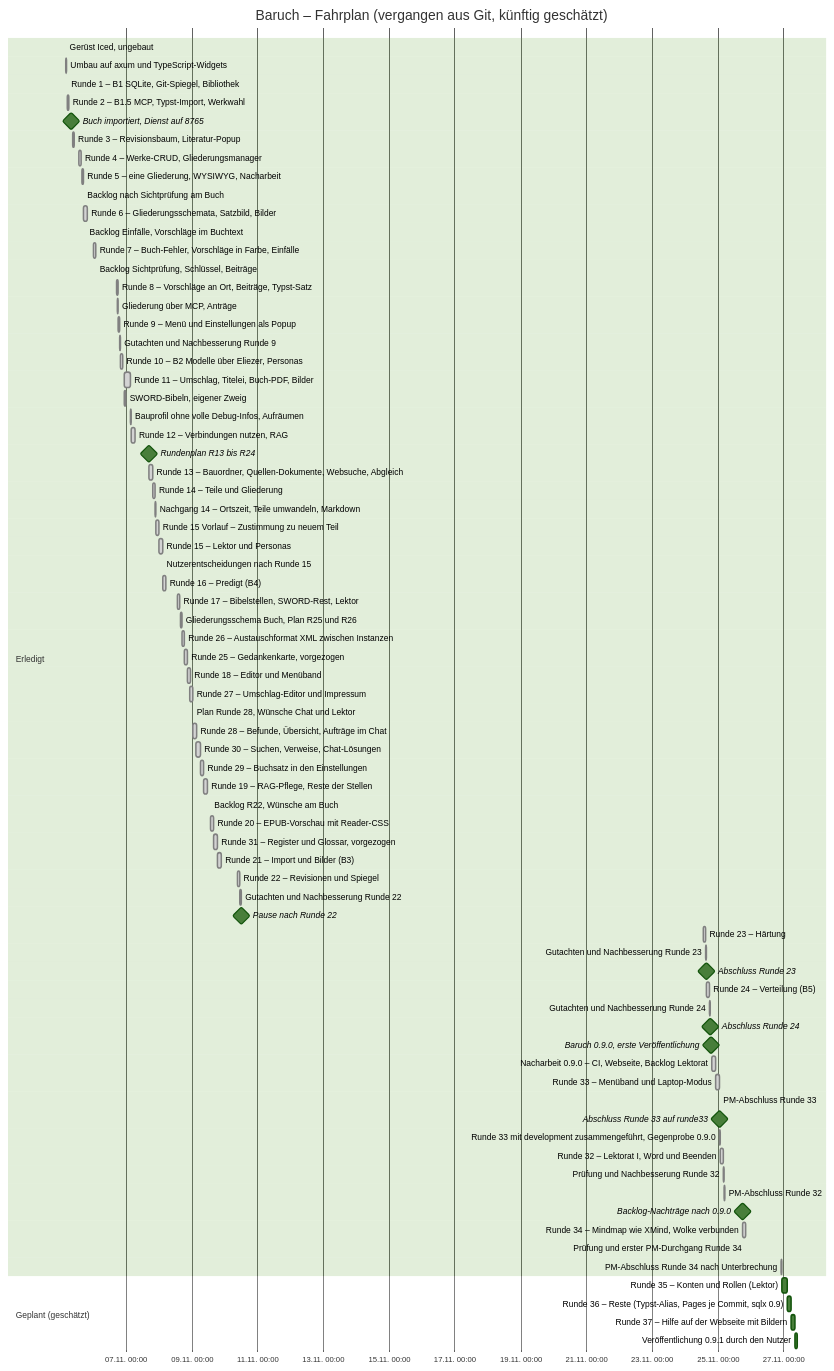
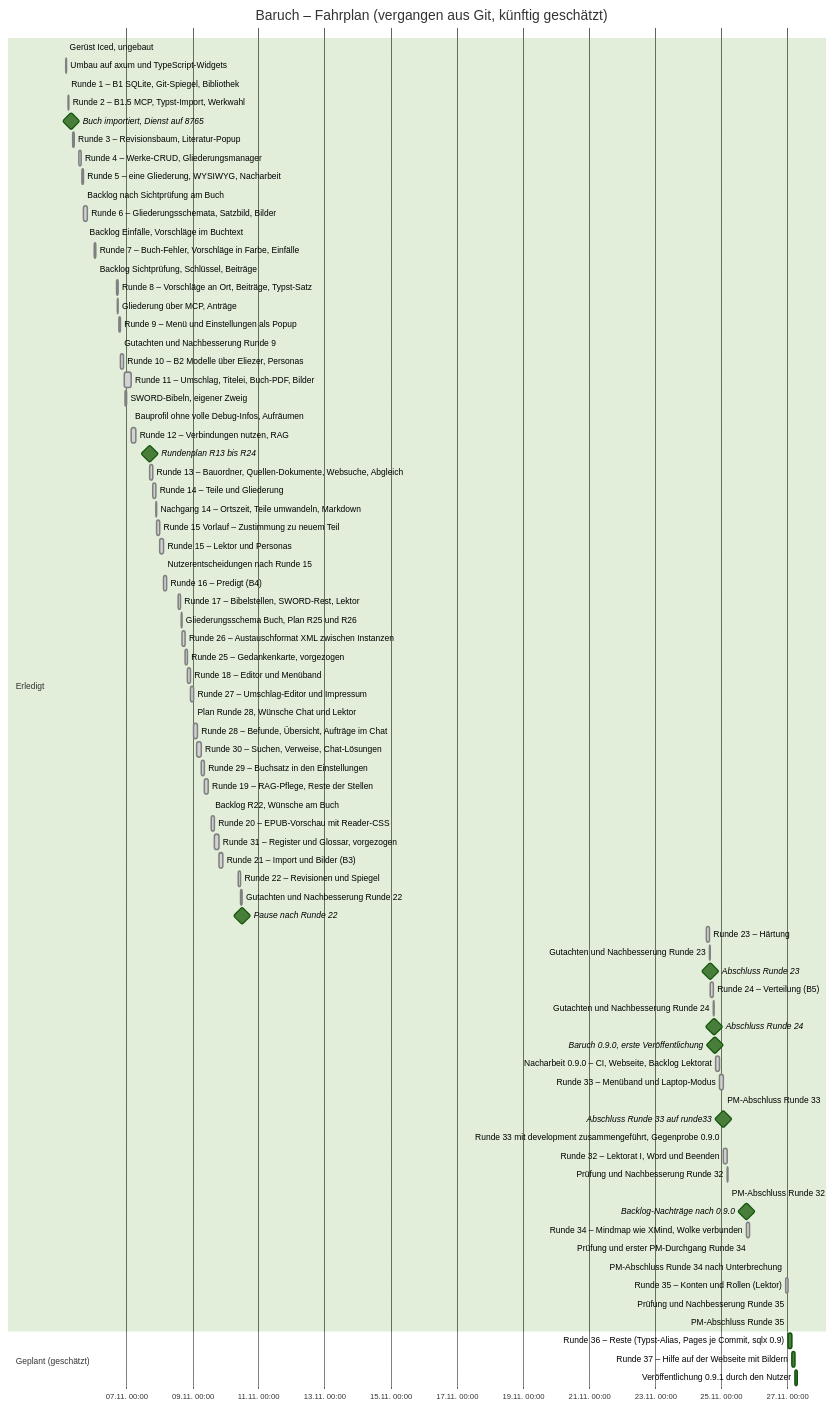
Before and after one commit to Beerlesklopfer/baruch: the diagram in docs/Fahrplan.md, drawn with Mermaid (forest theme). The commit also changed other lines of this file and 3 other files, not shown here.

````diff
--- a/docs/Fahrplan.md
+++ b/docs/Fahrplan.md
@@ -86,9 +86,12 @@
     Prüfung und erster PM-Durchgang Runde 34      :done, r34q, 2026-11-25 20:11, 10m
     PM-Abschluss Runde 34 nach Unterbrechung      :done, r34p, 2026-11-26 22:28, 9m
 
+    Runde 35 – Konten und Rollen (Lektor)         :done, r35, 2026-11-26 22:35, 95m
+    Prüfung und Nachbesserung Runde 35            :done, r35n, 2026-11-27 00:10, 14m
+    PM-Abschluss Runde 35                         :done, r35p, 2026-11-27 00:24, 10m
+
     section Geplant (geschätzt)
-    Runde 35 – Konten und Rollen (Lektor)         :r35, after r34p, 240m
-    Runde 36 – Reste (Typst-Alias, Pages je Commit, sqlx 0.9) :r36, after r35, 180m
-    Runde 37 – Hilfe auf der Webseite mit Bildern :r37, after r36, 180m
+    Runde 36 – Reste (Typst-Alias, Pages je Commit, sqlx 0.9) :r36, after r35p, 150m
+    Runde 37 – Hilfe auf der Webseite mit Bildern :r37, after r36, 150m
     Veröffentlichung 0.9.1 durch den Nutzer       :rel091, after r37, 90m
 ```
````
